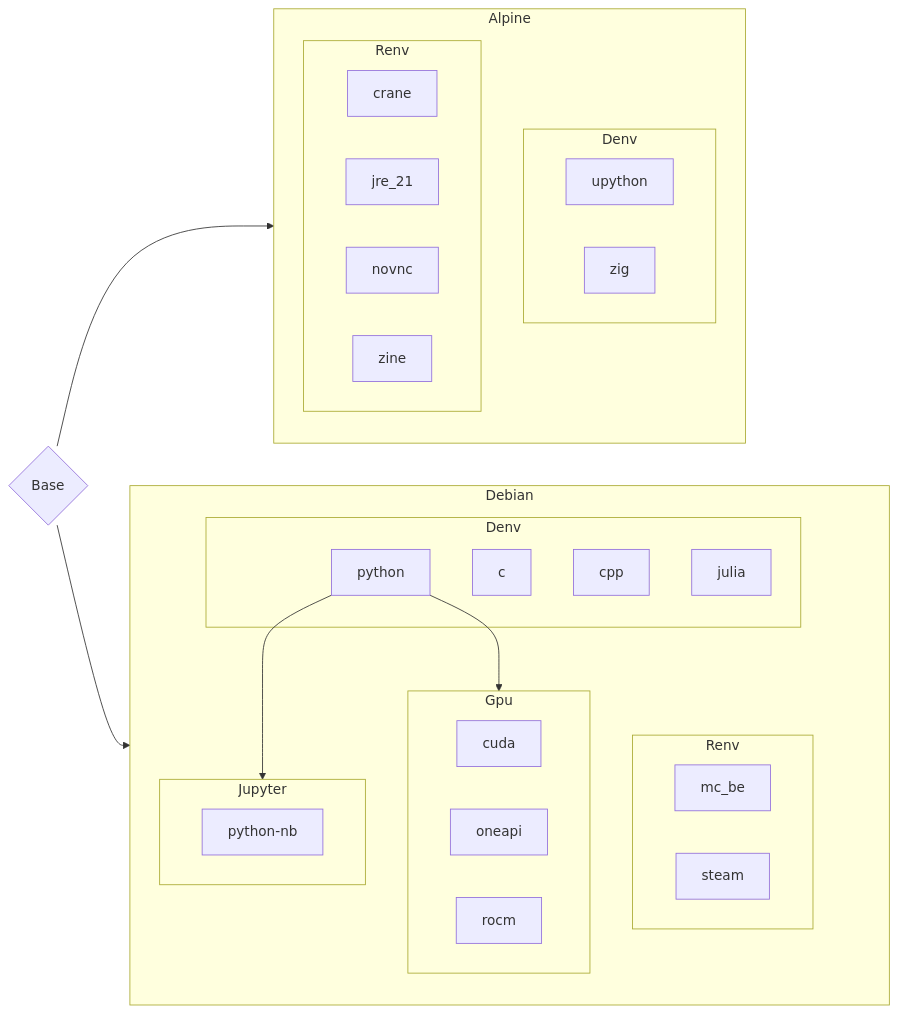
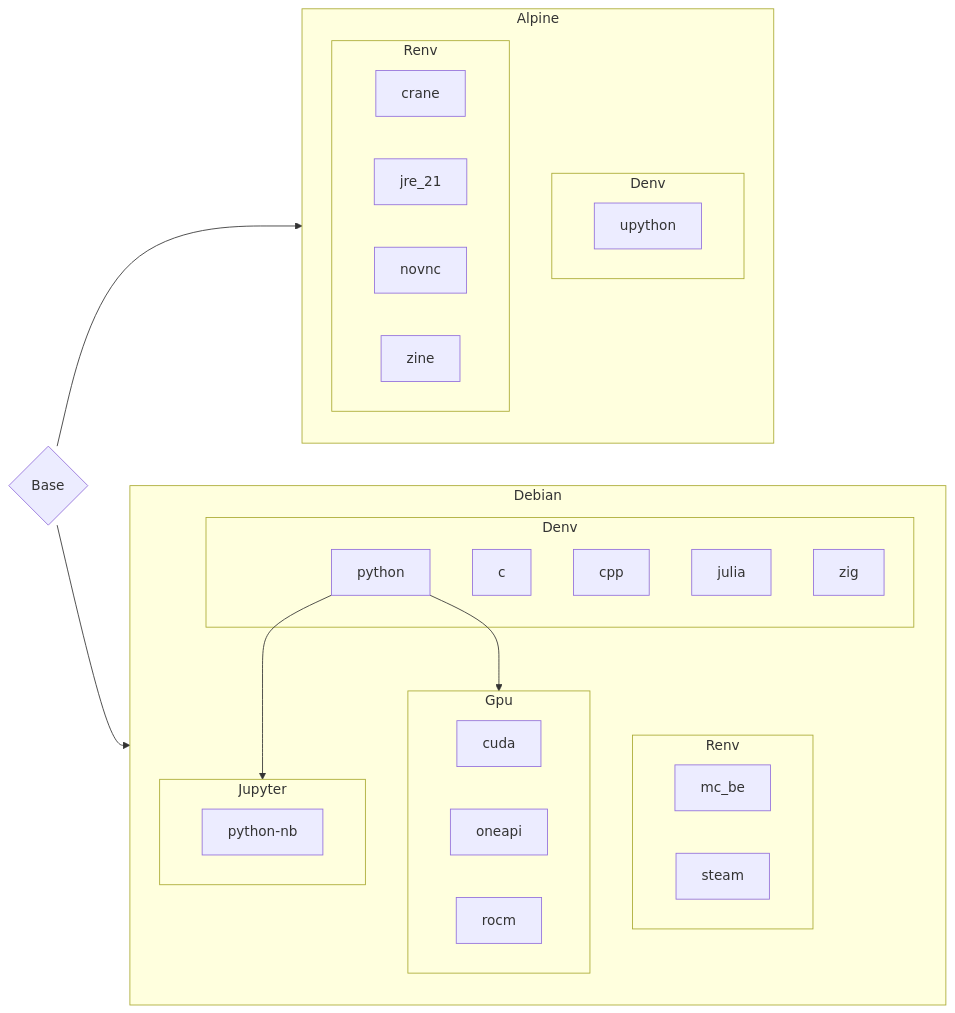
The diagram in README.md (ben0i0d/cenv), drawn with Mermaid before and after one commit. The commit also changed other lines of this file and 5 other files, not shown here.

````diff
--- a/README.md
+++ b/README.md
@@ -77,46 +77,46 @@
 ```mermaid
 graph LR
 
 B{Base} --> Alpine
 B --> Debian
 
 subgraph Alpine
     subgraph AD[Denv]
     upython
-    zig
     end
     
     subgraph AR[Renv]
     crane
     jre_21
     novnc
     zine
     end
 end
 
 subgraph Debian
     subgraph DD[Denv]
     c
     cpp
     julia
     python
+    zig
     end
 
     subgraph DR[Renv]
     mc_be
     steam
     end
 
     python-->Gpu
     subgraph Gpu
     cuda
     oneapi
     rocm
     end
 
     python-->Jupyter
     subgraph Jupyter
     python-nb
     end
 end
 ```
````
